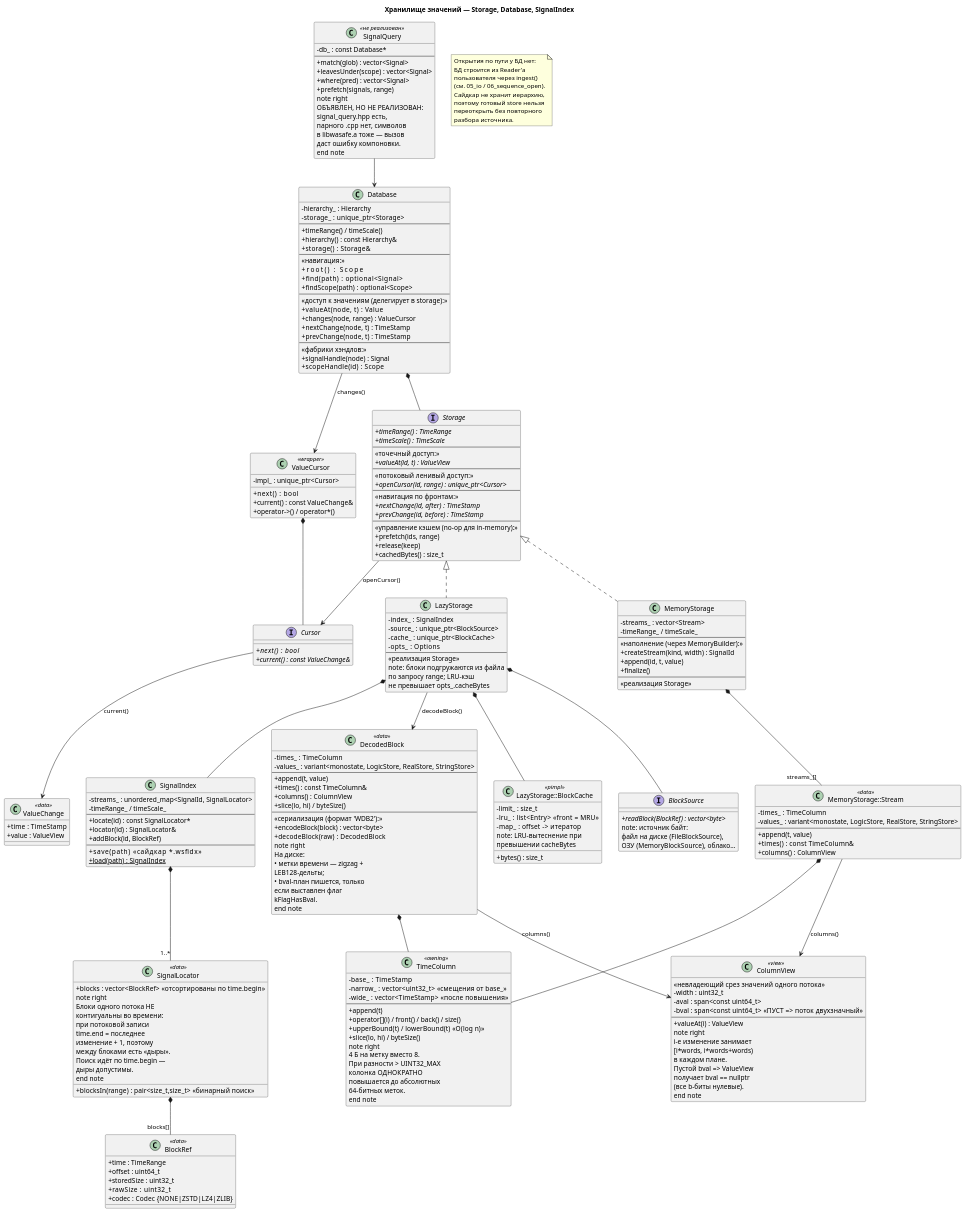
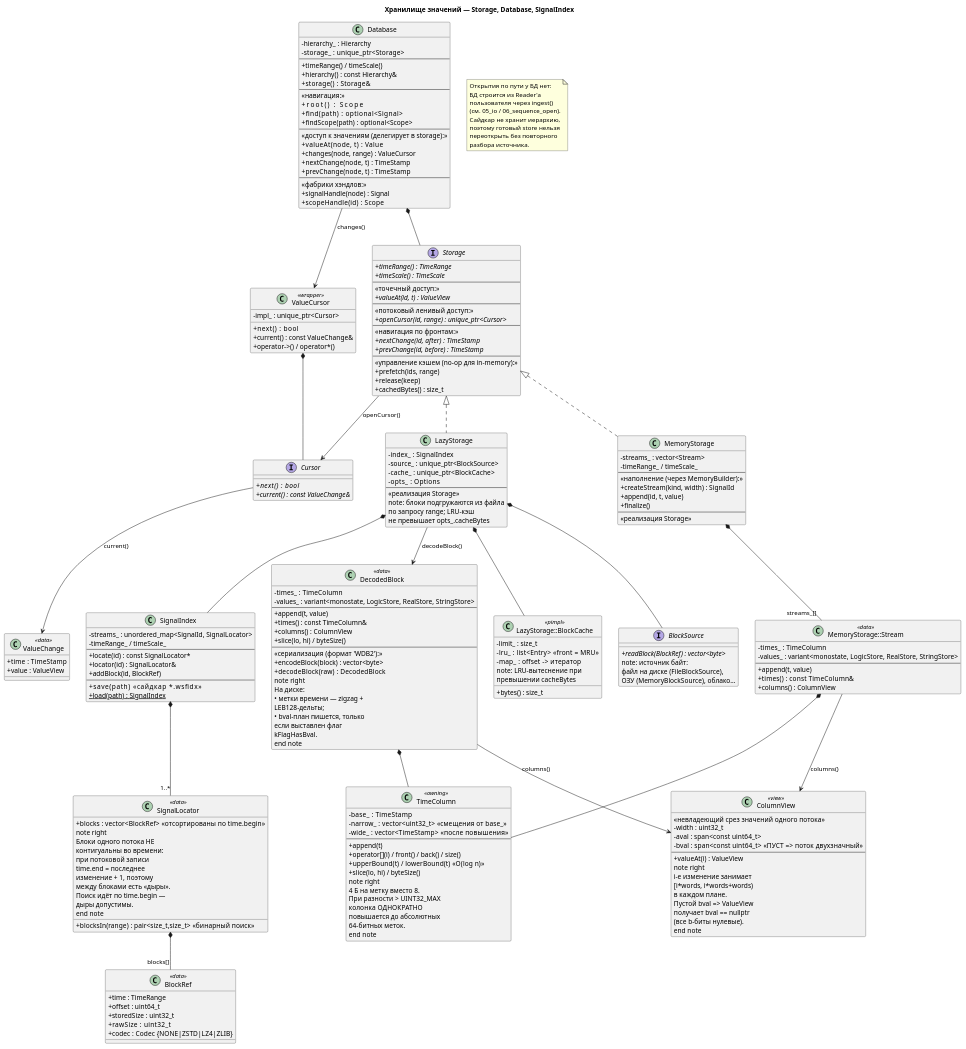
Before and after one commit to gikon3/wasafe: the diagram in docs/uml/04_storage.puml, drawn with PlantUML. The commit also changed 5 other files, not shown here.

Commit message:
mod: SignalQuery убран из публичного API до реализации

```diff
--- a/docs/uml/04_storage.puml
+++ b/docs/uml/04_storage.puml
@@ -224,24 +224,6 @@
     + scopeHandle(id)    : Scope
 }
 
-class SignalQuery <<не реализован>> {
-    - db_ : const Database*
-    --
-    + match(glob) : vector<Signal>
-    + leavesUnder(scope) : vector<Signal>
-    + where(pred) : vector<Signal>
-    + prefetch(signals, range)
-    note right
-      ОБЪЯВЛЕН, НО НЕ РЕАЛИЗОВАН:
-      signal_query.hpp есть,
-      парного .cpp нет, символов
-      в libwasafe.a тоже — вызов
-      даст ошибку компоновки.
-    end note
-}
-
-SignalQuery --> Database
-
 note as NOPEN
   Открытия по пути у БД нет:
   БД строится из Reader'а
```
